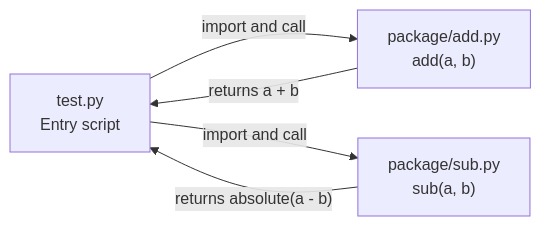
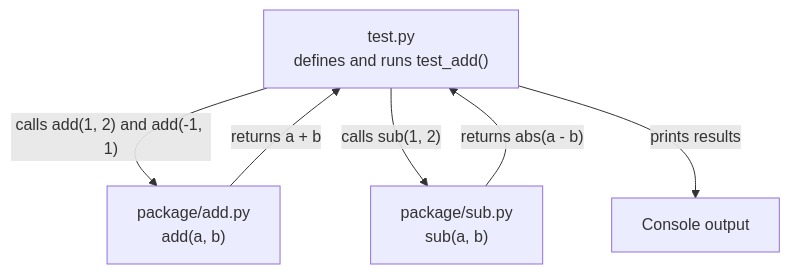
One commit to shanmukh-a23/prototype changed the diagram in docs/architecture.md. Above: the diagram before and after it, drawn with Mermaid.

Commit message:
final commit

````diff
--- a/docs/architecture.md
+++ b/docs/architecture.md
@@ -3,11 +3,13 @@
 ```mermaid
-flowchart LR
-    T["test.py<br/>Entry script"]
-    A["package/add.py<br/>add(a, b)"]
-    S["package/sub.py<br/>sub(a, b)"]
+flowchart TD
+    Script["test.py<br/>defines and runs test_add()"]
+    Add["package/add.py<br/>add(a, b)"]
+    Sub["package/sub.py<br/>sub(a, b)"]
+    Console["Console output"]
 
-    T -->|"import and call"| A
-    T -->|"import and call"| S
-    A -->|"returns a + b"| T
-    S -->|"returns absolute(a - b)"| T
+    Script -->|"calls add(1, 2) and add(-1, 1)"| Add
+    Script -->|"calls sub(1, 2)"| Sub
+    Add -->|"returns a + b"| Script
+    Sub -->|"returns abs(a - b)"| Script
+    Script -->|"prints results"| Console
 ```
````
